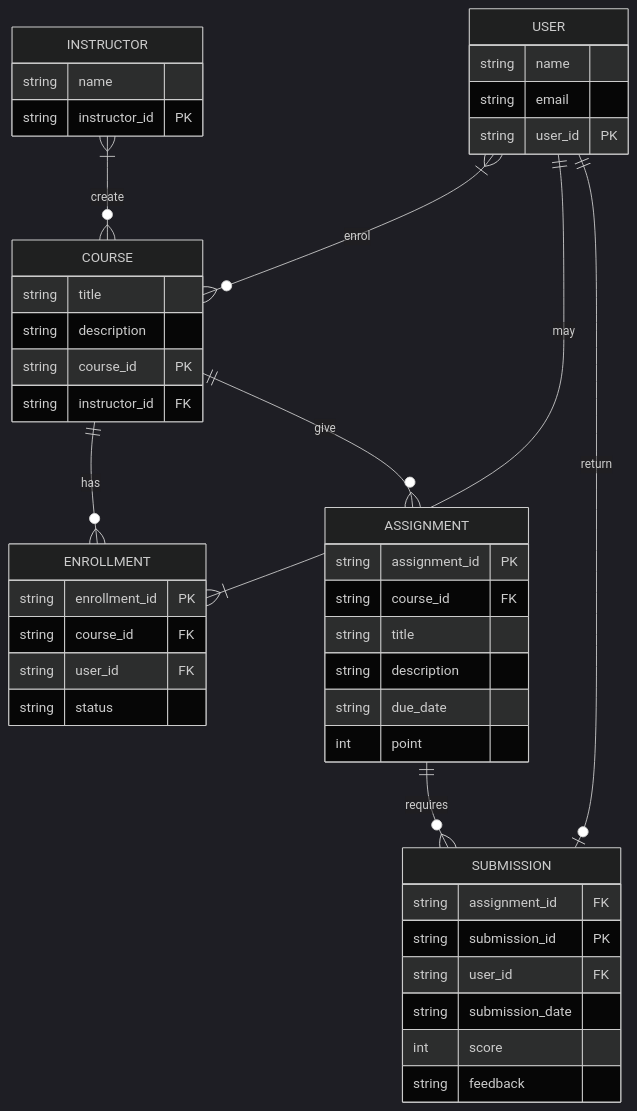
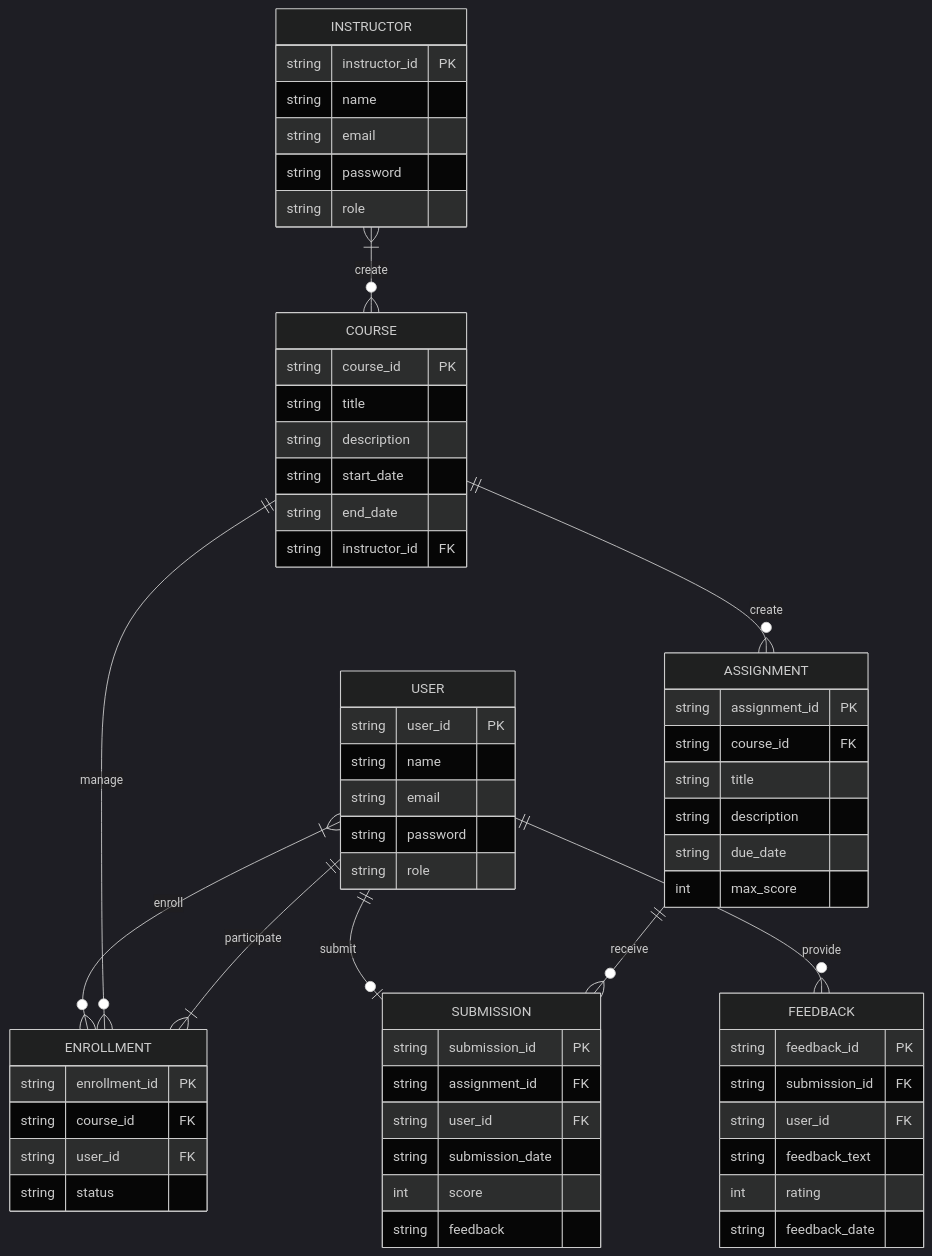
Before and after one commit to Phastboy/diver-learn: the diagram in database.md, drawn with Mermaid (dark theme).

````diff
--- a/database.md
+++ b/database.md
@@ -1,47 +1,63 @@
 ```mermaid
 erDiagram
-	USER }|--o{ COURSE : enrol
+	USER }|--o{ ENROLLMENT : enroll
 	USER {
+	string user_id PK
 	string name
 	string email
-	string user_id PK
+	string password
+	string role
 	}
 	INSTRUCTOR }|--o{ COURSE: create
 	INSTRUCTOR {
+	string instructor_id PK
 	string name
-	string instructor_id PK
+	string email
+	string password
+	string role
 	}
 	COURSE{
+	string course_id PK
 	string title
 	string description
-	string course_id PK
+	string start_date
+	string end_date
 	string instructor_id FK
 	}
-	COURSE ||--o{ ENROLLMENT : has
-	COURSE ||--o{ ASSIGNMENT : give
+	COURSE ||--o{ ENROLLMENT : manage
+	COURSE ||--o{ ASSIGNMENT : create
 	ASSIGNMENT {
 	string assignment_id PK
 	string course_id FK
 	string title
 	string description
 	string due_date
-	int point
+	int max_score
 	}
-	USER ||--|{ ENROLLMENT : may
+	USER ||--|{ ENROLLMENT : participate
+	USER ||--o| SUBMISSION : submit
+	USER ||--o{ FEEDBACK : provide
 	ENROLLMENT {
 	string enrollment_id PK
 	string course_id FK
 	string user_id FK
 	string status
 	}
-	ASSIGNMENT ||--o{ SUBMISSION : requires
-	USER ||--o| SUBMISSION : return
+	ASSIGNMENT ||--o{ SUBMISSION : receive
 	SUBMISSION {
+	string submission_id PK
 	string assignment_id FK
-	string submission_id PK
 	string user_id FK
 	string submission_date
 	int score
 	string feedback
 	}
+	FEEDBACK {
+	string feedback_id PK
+	string submission_id FK
+	string user_id FK
+	string feedback_text
+	int rating
+	string feedback_date
+	}
 ```
````
